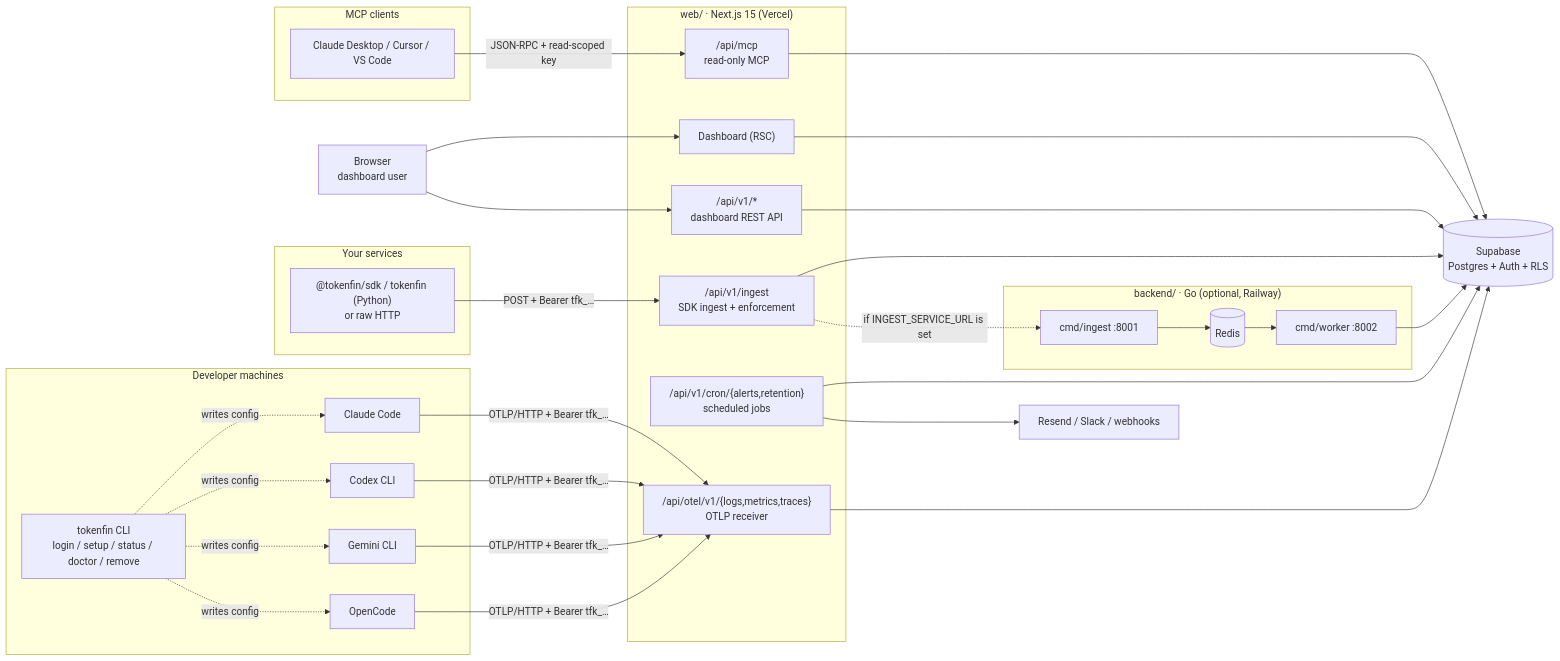
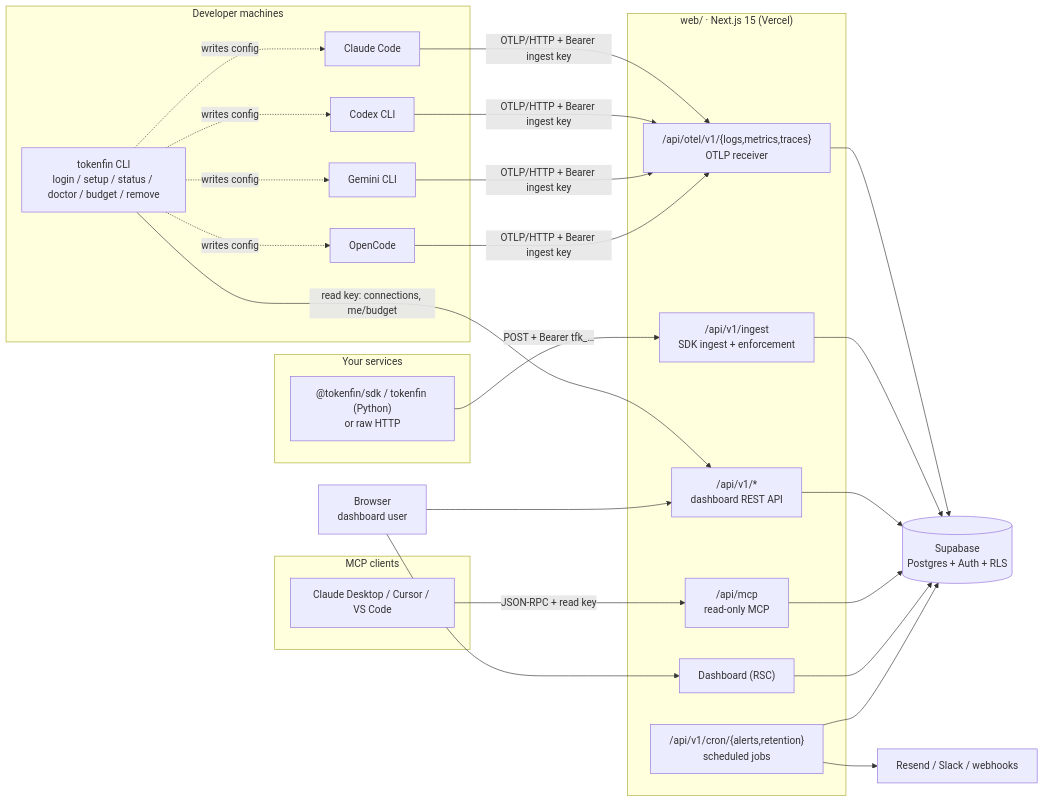
One commit to pankajneema/tokenfin changed the first of 3 diagrams in README.md. Above: the diagram before and after it, drawn with Mermaid. The commit also changed other lines of this file and 454 other files, not shown here.

````diff
--- a/README.md
+++ b/README.md
@@ -92,55 +92,48 @@
 ```mermaid
 flowchart LR
     subgraph Dev["Developer machines"]
         CC["Claude Code"]
         CX["Codex CLI"]
         GM["Gemini CLI"]
         OC["OpenCode"]
-        CLI["tokenfin CLI<br/>login / setup / status / doctor / remove"]
+        CLI["tokenfin CLI<br/>login / setup / status / doctor / budget / remove"]
     end
 
     subgraph Apps["Your services"]
         SDK["@tokenfin/sdk / tokenfin (Python)<br/>or raw HTTP"]
     end
 
     subgraph Chat["MCP clients"]
         MC["Claude Desktop / Cursor / VS Code"]
     end
 
     Browser["Browser<br/>dashboard user"]
 
     subgraph Web["web/ · Next.js 15 (Vercel)"]
         OTLP["/api/otel/v1/{logs,metrics,traces}<br/>OTLP receiver"]
         ING["/api/v1/ingest<br/>SDK ingest + enforcement"]
         REST["/api/v1/*<br/>dashboard REST API"]
         MCP["/api/mcp<br/>read-only MCP"]
         CRON["/api/v1/cron/{alerts,retention}<br/>scheduled jobs"]
         UI["Dashboard (RSC)"]
     end
 
-    subgraph Go["backend/ · Go (optional, Railway)"]
-        GI["cmd/ingest :8001"]
-        R[("Redis")]
-        GW["cmd/worker :8002"]
-    end
-
     DB[("Supabase<br/>Postgres + Auth + RLS")]
     Mail["Resend / Slack / webhooks"]
 
     CLI -. writes config .-> CC & CX & GM & OC
-    CC & CX & GM & OC -- "OTLP/HTTP + Bearer tfk_…" --> OTLP
+    CC & CX & GM & OC -- "OTLP/HTTP + Bearer ingest key" --> OTLP
     SDK -- "POST + Bearer tfk_…" --> ING
-    MC -- "JSON-RPC + read-scoped key" --> MCP
+    MC -- "JSON-RPC + read key" --> MCP
+    CLI -- "read key: connections, me/budget" --> REST
     Browser --> UI
     Browser --> REST
 
     OTLP --> DB
     ING --> DB
-    ING -. "if INGEST_SERVICE_URL is set" .-> GI
-    GI --> R --> GW --> DB
     REST --> DB
     MCP --> DB
     UI --> DB
     CRON --> DB
     CRON --> Mail
 ```
````
